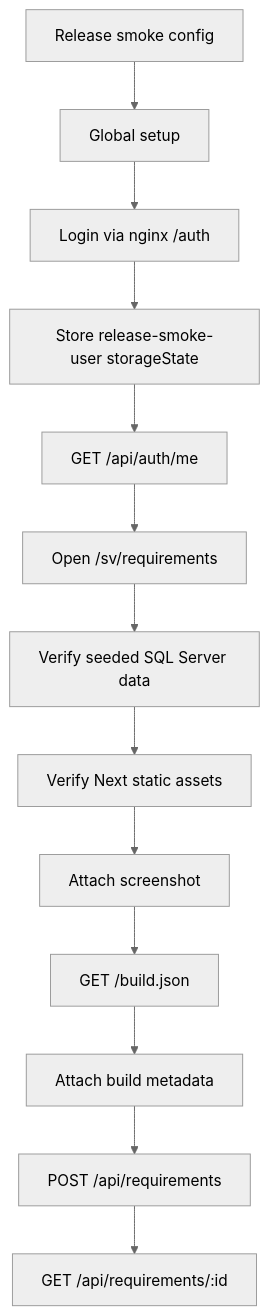
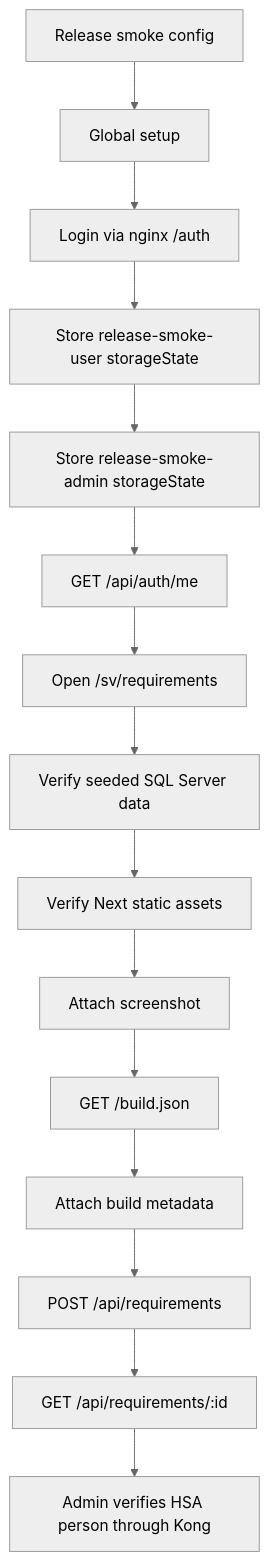
Before and after one commit to viscalyx/Kravhantering: the first of 3 diagrams in tests/release-smoke/release-smoke.md, drawn with Mermaid (neutral theme). The commit also changed other lines of this file and 351 other files, not shown here.

````diff
--- a/tests/release-smoke/release-smoke.md
+++ b/tests/release-smoke/release-smoke.md
@@ -33,15 +34,17 @@
 ```mermaid
 flowchart TD
     A[Release smoke config] --> B[Global setup]
     B --> C[Login via nginx /auth]
     C --> D[Store release-smoke-user storageState]
-    D --> E[GET /api/auth/me]
-    E --> F[Open /sv/requirements]
-    F --> G[Verify seeded SQL Server data]
-    G --> H[Verify Next static assets]
-    H --> I[Attach screenshot]
-    I --> J[GET /build.json]
-    J --> K[Attach build metadata]
-    K --> L[POST /api/requirements]
-    L --> M[GET /api/requirements/:id]
+    D --> E[Store release-smoke-admin storageState]
+    E --> F[GET /api/auth/me]
+    F --> G[Open /sv/requirements]
+    G --> H[Verify seeded SQL Server data]
+    H --> I[Verify Next static assets]
+    I --> J[Attach screenshot]
+    J --> K[GET /build.json]
+    K --> L[Attach build metadata]
+    L --> M[POST /api/requirements]
+    M --> N[GET /api/requirements/:id]
+    N --> O[Admin verifies HSA person through Kong]
 ```
````
